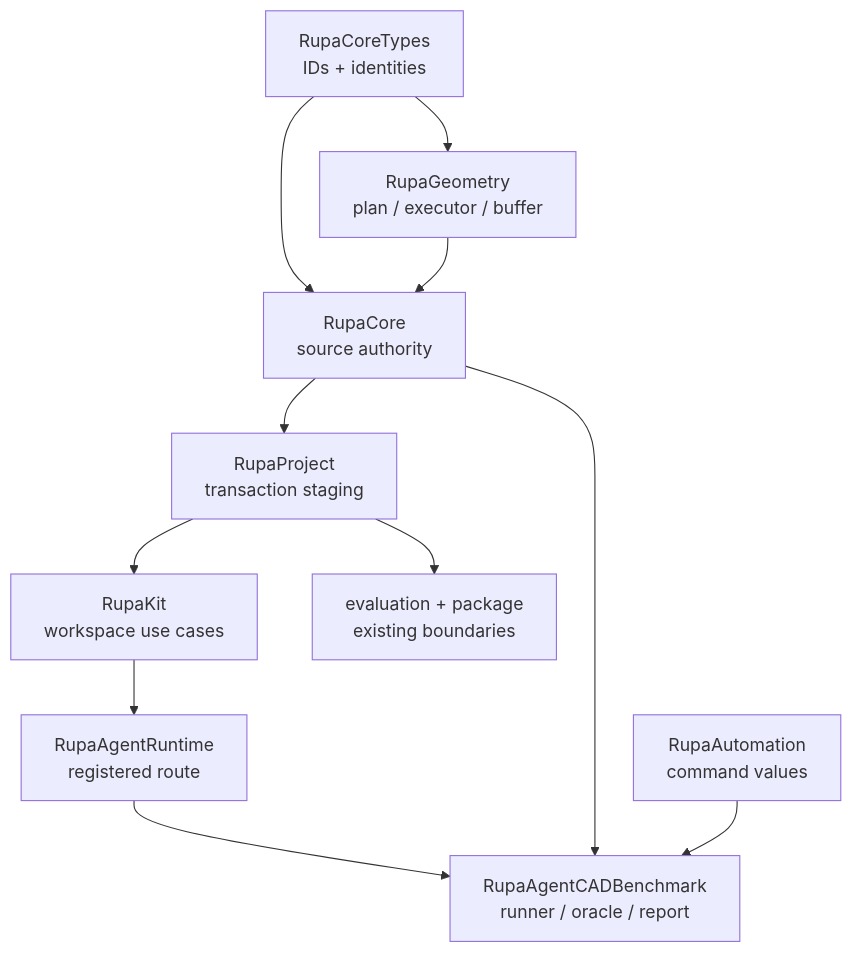
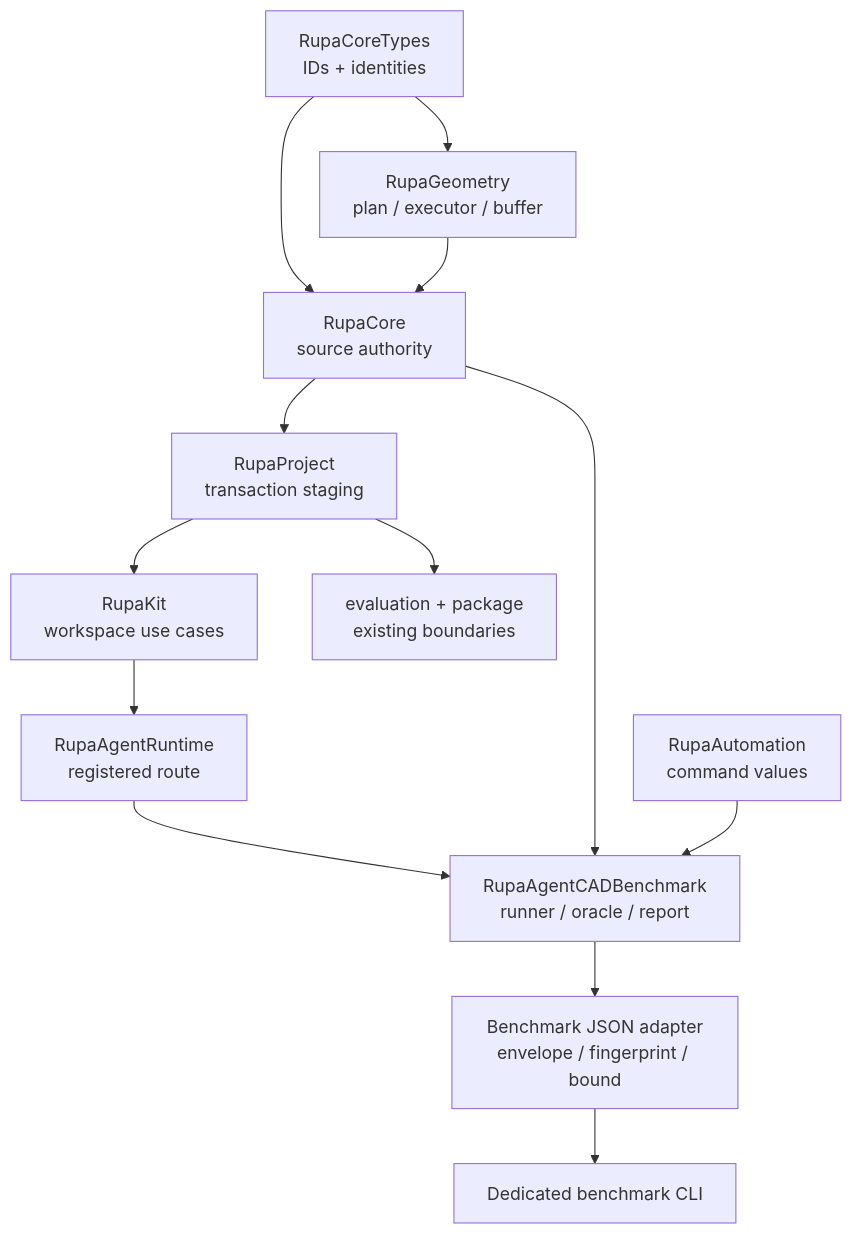
One commit to 1amageek/Rupa changed the second of 2 diagrams in RupaKit/DESIGN.md. Above: the diagram before and after it, drawn with Mermaid. The commit also changed other lines of this file and 5 other files, not shown here.

Commit message:
Design external Agent benchmark adapter

````diff
--- a/RupaKit/DESIGN.md
+++ b/RupaKit/DESIGN.md
@@ -96,13 +103,15 @@
 ```mermaid
 flowchart TD
     Types["RupaCoreTypes\nIDs + identities"] --> G["RupaGeometry\nplan / executor / buffer"]
     Types --> C["RupaCore\nsource authority"]
     G --> C
     C --> P["RupaProject\ntransaction staging"]
     P --> K["RupaKit\nworkspace use cases"]
     P --> E["evaluation + package\nexisting boundaries"]
     K --> R["RupaAgentRuntime\nregistered route"]
     R --> B["RupaAgentCADBenchmark\nrunner / oracle / report"]
     C --> B
     A["RupaAutomation\ncommand values"] --> B
+    B --> J["Benchmark JSON adapter\nenvelope / fingerprint / bound"]
+    J --> CLI["Dedicated benchmark CLI"]
 ```
````
